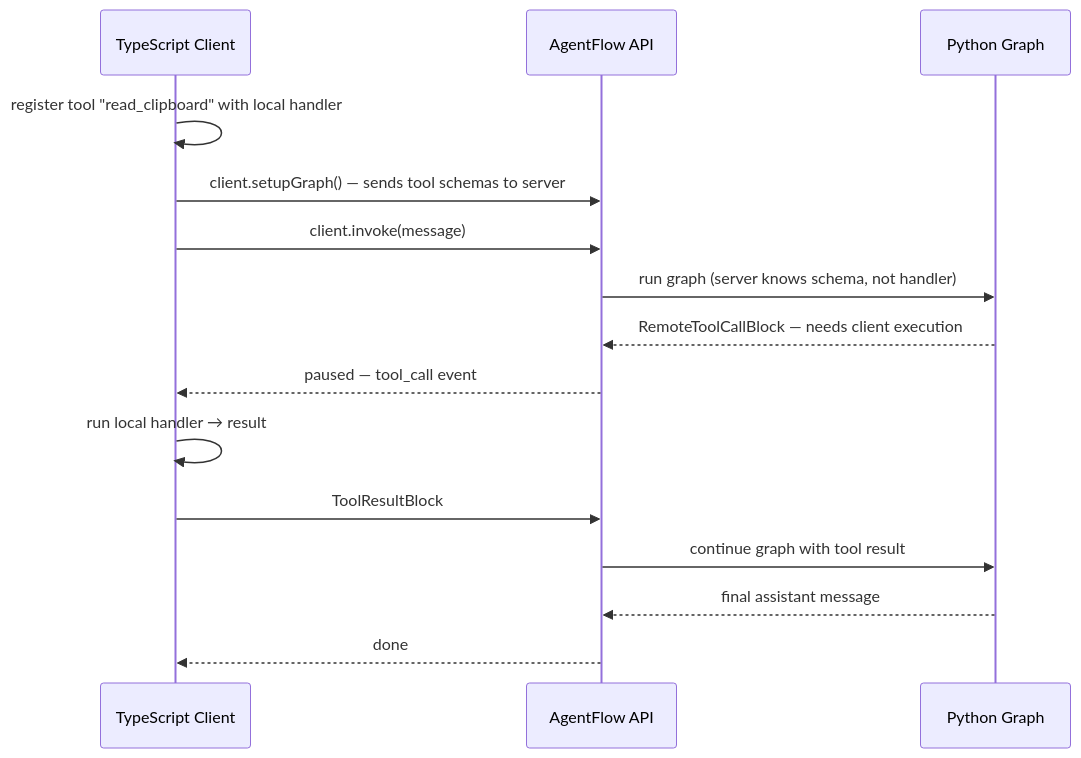
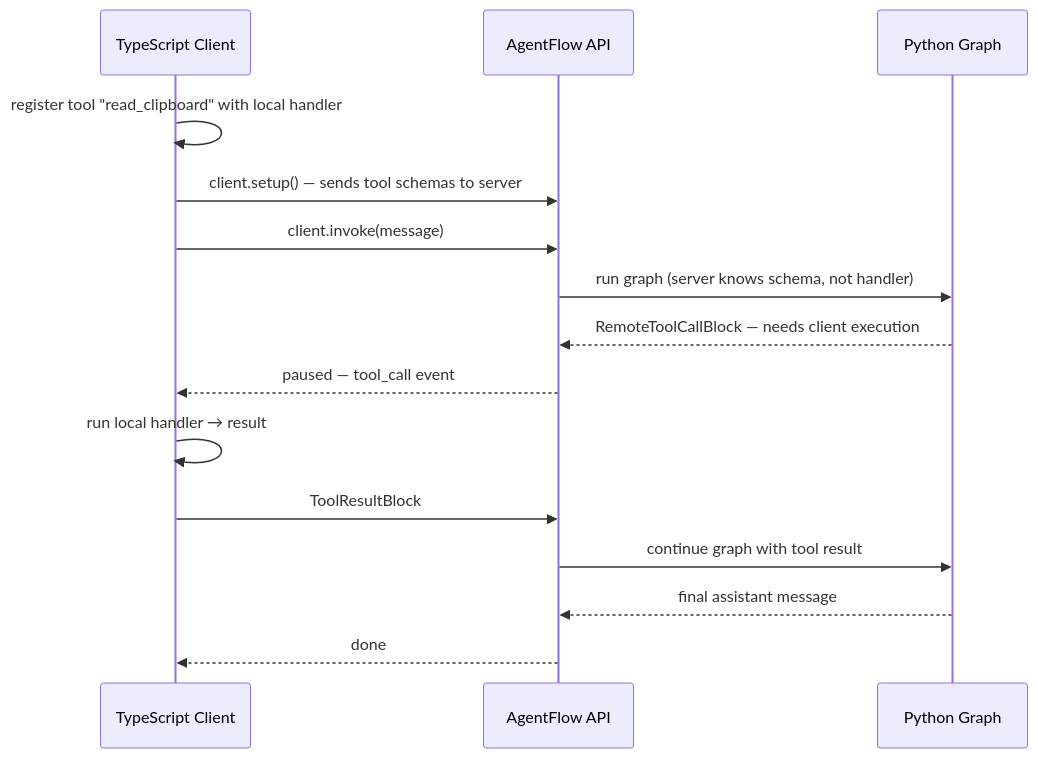
Before and after one commit to 10xHub/agentflow-docs: the second of 2 diagrams in docs/concept2/connecting-clients.md, drawn with Mermaid. The commit also changed other lines of this file and 104 other files, not shown here.

First line of the commit message:
Add documentation for graph control, LLM utilities, evals, and observability REST API endpoints

````diff
--- a/docs/concept2/connecting-clients.md
+++ b/docs/concept2/connecting-clients.md
@@ -126,18 +128,18 @@
 ```mermaid
 sequenceDiagram
   participant C as TypeScript Client
   participant API as AgentFlow API
   participant G as Python Graph
 
   C->>C: register tool "read_clipboard" with local handler
-  C->>API: client.setupGraph() — sends tool schemas to server
+  C->>API: client.setup() — sends tool schemas to server
   C->>API: client.invoke(message)
   API->>G: run graph (server knows schema, not handler)
   G-->>API: RemoteToolCallBlock — needs client execution
   API-->>C: paused — tool_call event
   C->>C: run local handler → result
   C->>API: ToolResultBlock
   API->>G: continue graph with tool result
   G-->>API: final assistant message
   API-->>C: done
 ```
````
